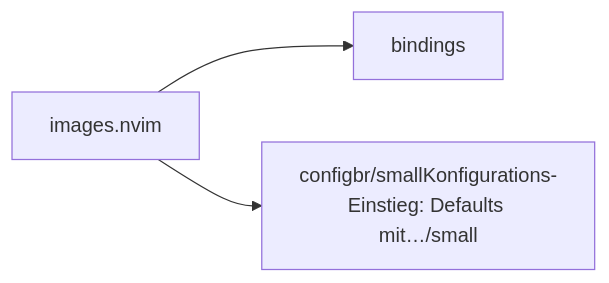
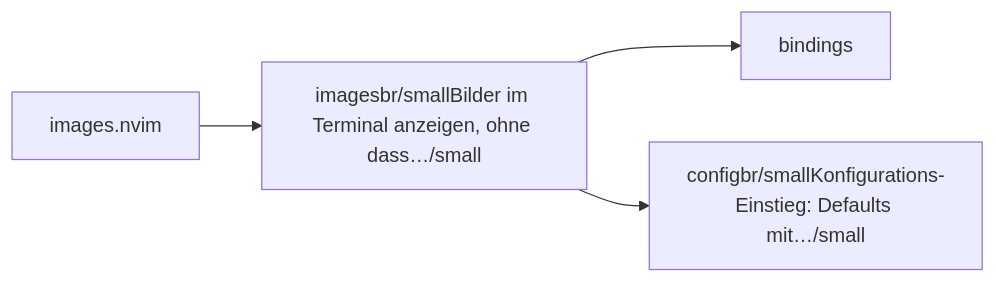
The first of 2 diagrams in docs/map/overview.md (StefanBartl/images.nvim), drawn with Mermaid before and after one commit. The commit also changed other lines of this file and 2 other files, not shown here.

````diff
--- a/docs/map/overview.md
+++ b/docs/map/overview.md
@@ -14,8 +14,10 @@
 ```mermaid
 flowchart LR
-  nlua_images["images.nvim"]
+  nlua["images.nvim"]
+  nlua_images["imagesbr/smallBilder im Terminal anzeigen, ohne dass…/small"]
   nlua_images_bindings["bindings"]
   nlua_images_config["configbr/smallKonfigurations-Einstieg: Defaults mit…/small"]
+  nlua --> nlua_images
   nlua_images --> nlua_images_bindings
   nlua_images --> nlua_images_config
 ```
````
